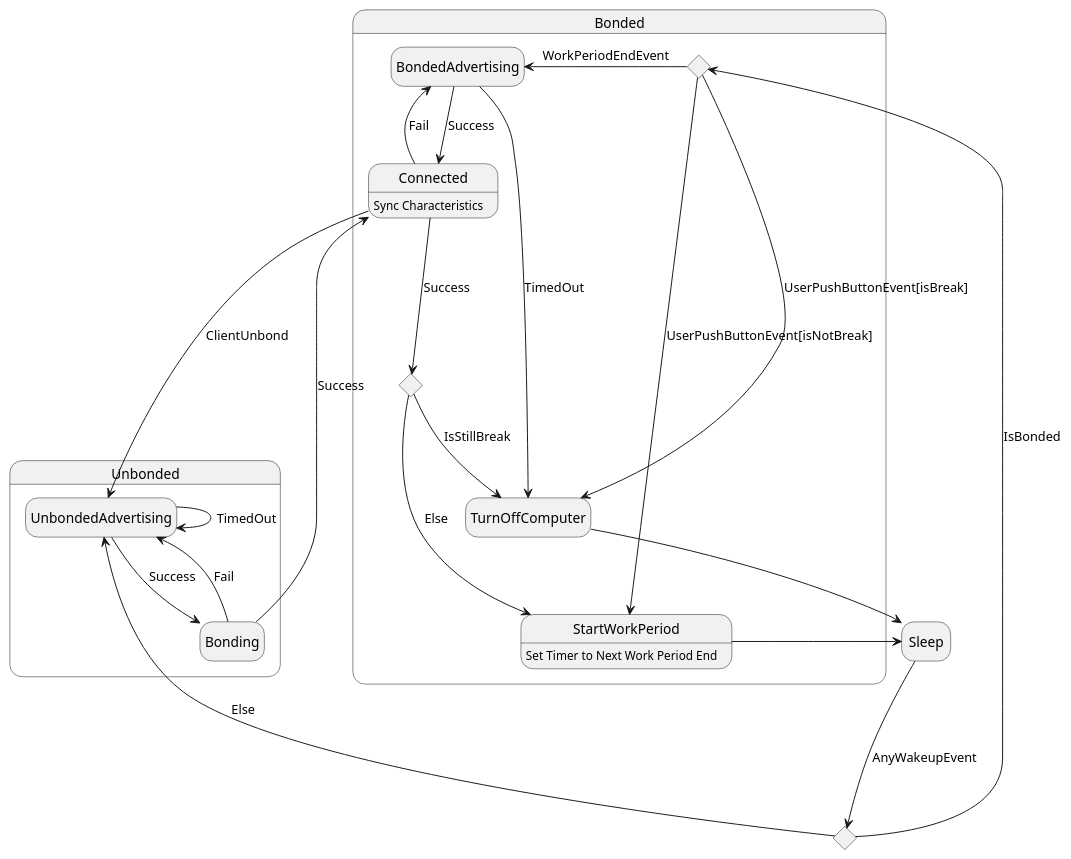
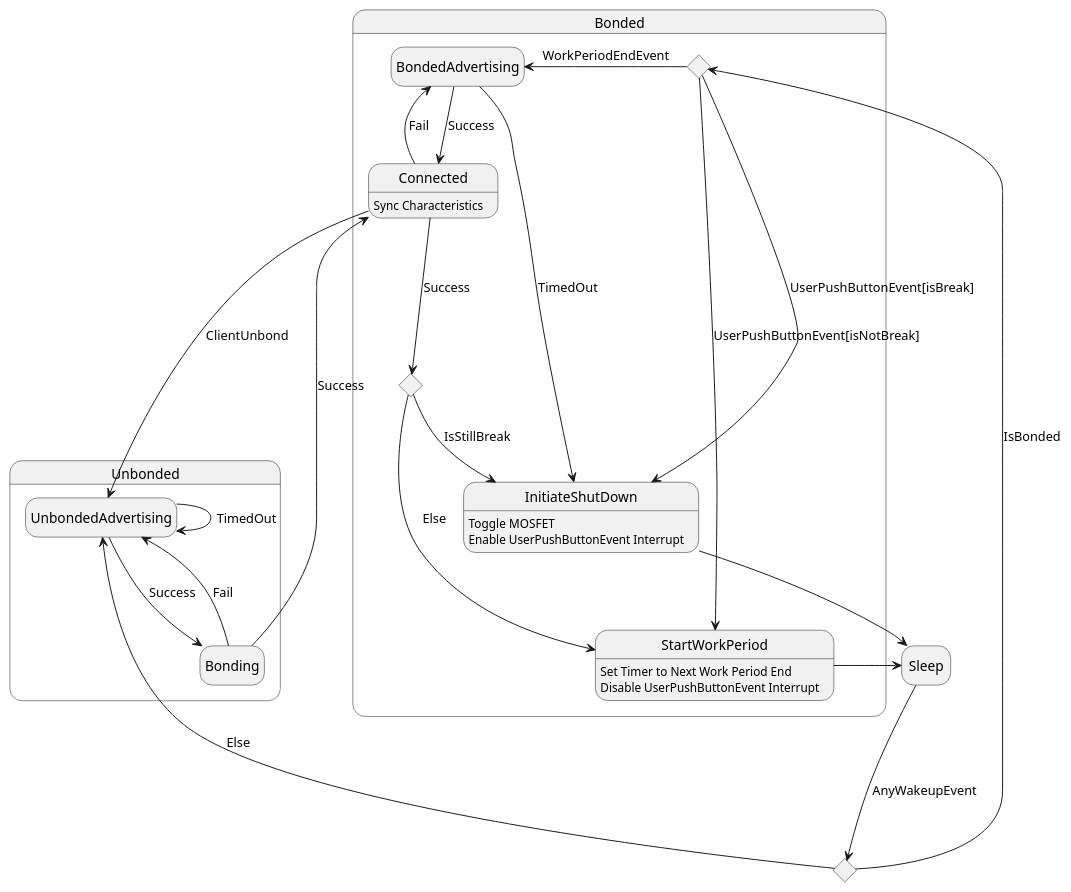
One commit to khoitd1997/hypnos changed the diagram in firmware/docs/top_level_state_machine.wsd. Above: the diagram before and after it, drawn with PlantUML.

Commit message:
adjust shutdown and start work behavior

```diff
--- a/firmware/docs/top_level_state_machine.wsd
+++ b/firmware/docs/top_level_state_machine.wsd
@@ -1,38 +1,41 @@
 @startuml TopLevelDiagram
 hide empty description
 
 state BondedCheck <<choice>>
 Sleep ---> BondedCheck: AnyWakeupEvent
 
 state Unbonded {
     UnbondedAdvertising --> UnbondedAdvertising: TimedOut
     UnbondedAdvertising --> Bonding: Success
     Bonding-->UnbondedAdvertising: Fail
 }
 BondedCheck ---> UnbondedAdvertising: Else
 
 state Bonded {
     state WakeupReason <<choice>>
-    WakeupReason -> TurnOffComputer: UserPushButtonEvent[isBreak]
-        TurnOffComputer --> Sleep
+    WakeupReason -> InitiateShutDown: UserPushButtonEvent[isBreak]
+        InitiateShutDown --> Sleep
+        InitiateShutDown: Toggle MOSFET
+        InitiateShutDown: Enable UserPushButtonEvent Interrupt
 
     WakeupReason -> StartWorkPeriod: UserPushButtonEvent[isNotBreak]
         StartWorkPeriod: Set Timer to Next Work Period End
+        StartWorkPeriod: Disable UserPushButtonEvent Interrupt
         StartWorkPeriod --> Sleep
 
     WakeupReason -> BondedAdvertising: WorkPeriodEndEvent
-        BondedAdvertising --> TurnOffComputer: TimedOut
+        BondedAdvertising --> InitiateShutDown: TimedOut
 
         BondedAdvertising --> Connected: Success
         Connected: Sync Characteristics
         Bonding---->Connected: Success
         state AfterConnectBreakCheck <<choice>>
         Connected ---> AfterConnectBreakCheck: Success
         Connected -> BondedAdvertising: Fail
         Connected ----> UnbondedAdvertising: ClientUnbond
 
-        AfterConnectBreakCheck --> TurnOffComputer: IsStillBreak
+        AfterConnectBreakCheck --> InitiateShutDown: IsStillBreak
         AfterConnectBreakCheck ---> StartWorkPeriod: Else
 }
 BondedCheck -> WakeupReason: IsBonded
 @enduml
```
